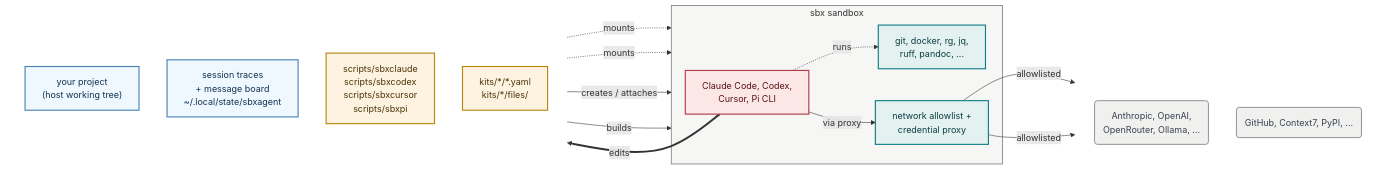
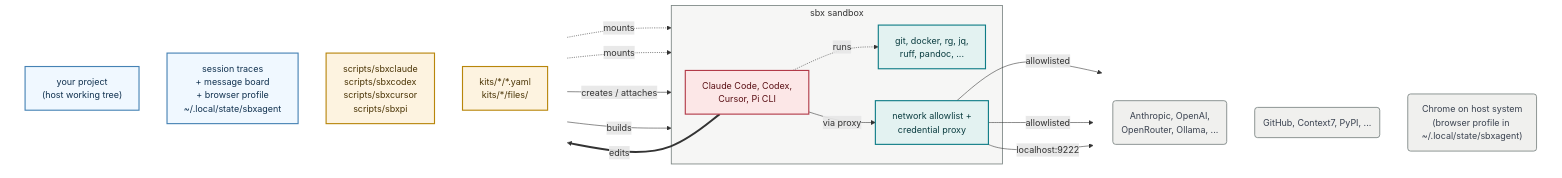
The diagram in README.md (lars20070/sbxagent), drawn with Mermaid before and after one commit. The commit also changed other lines of this file, not shown here.

Commit message:
Add Chrome browser to the Mermaid diagram

````diff
--- a/README.md
+++ b/README.md
@@ -14,49 +14,51 @@
 ```mermaid
 ---
 config:
   layout: dagre
 ---
 flowchart LR
   subgraph IN[" "]
     direction TB
     PROJ["your project<br/>(host working tree)"]
-    STATE["session traces<br/>+ message board<br/>~/.local/state/sbxagent"]
+    STATE["session traces<br/>+ message board<br/>+ browser profile<br/>~/.local/state/sbxagent"]
     DRV["scripts/sbxclaude<br/>scripts/sbxcodex<br/>scripts/sbxcursor<br/>scripts/sbxpi"]
     KIT["kits/*/*.yaml<br/>kits/*/files/"]
   end
 
   subgraph VM["sbx sandbox"]
     AGENT["Claude Code, Codex,<br/>Cursor, Pi CLI"]
     TOOLS["git, docker, rg, jq,<br/>ruff, pandoc, ..."]
     PROXY["network allowlist +<br/>credential proxy"]
   end
 
   subgraph NET[" "]
     direction TB
     LLM("Anthropic, OpenAI, <br/>OpenRouter, Ollama, ...")
     GH("GitHub, Context7, PyPI, ...")
+    CHROME("Chrome on host system<br/>(browser profile in ~/.local/state/sbxagent)")
   end
 
   PROJ -.->|"mounts"| VM
   STATE -.->|"mounts"| VM
   DRV -->|"creates / attaches"| VM
   KIT -->|"builds"| VM
   AGENT -.->|"runs"| TOOLS
   AGENT -->|"via proxy"| PROXY
   PROXY -->|"allowlisted"| LLM & GH
+  PROXY -->|"localhost:9222"| CHROME
   AGENT ==>|"edits"| PROJ
 
   classDef data    fill:aliceblue,stroke:steelblue,stroke-width:2px,color:#10314F
   classDef host    fill:#FDF3E0,stroke:#B8860B,stroke-width:2px,color:#4A3405
   classDef helper  fill:#E3F2F1,stroke:#0E7C86,stroke-width:2px,color:#0B3D40
   classDef agent   fill:#FCE7E7,stroke:#B23A48,stroke-width:2px,color:#5A1015
   classDef ext     fill:#F0F0EE,stroke:#7A8482,stroke-width:1.5px,color:#3A4250
   class PROJ,STATE data
   class KIT,DRV host
   class TOOLS,PROXY helper
   class AGENT agent
-  class GH,LLM ext
+  class GH,LLM,CHROME ext
   style VM fill:#F6F6F5,stroke:#7A8482,stroke-width:1.5px
   style IN fill:none,stroke:none
   style NET fill:none,stroke:none
 ```
````
